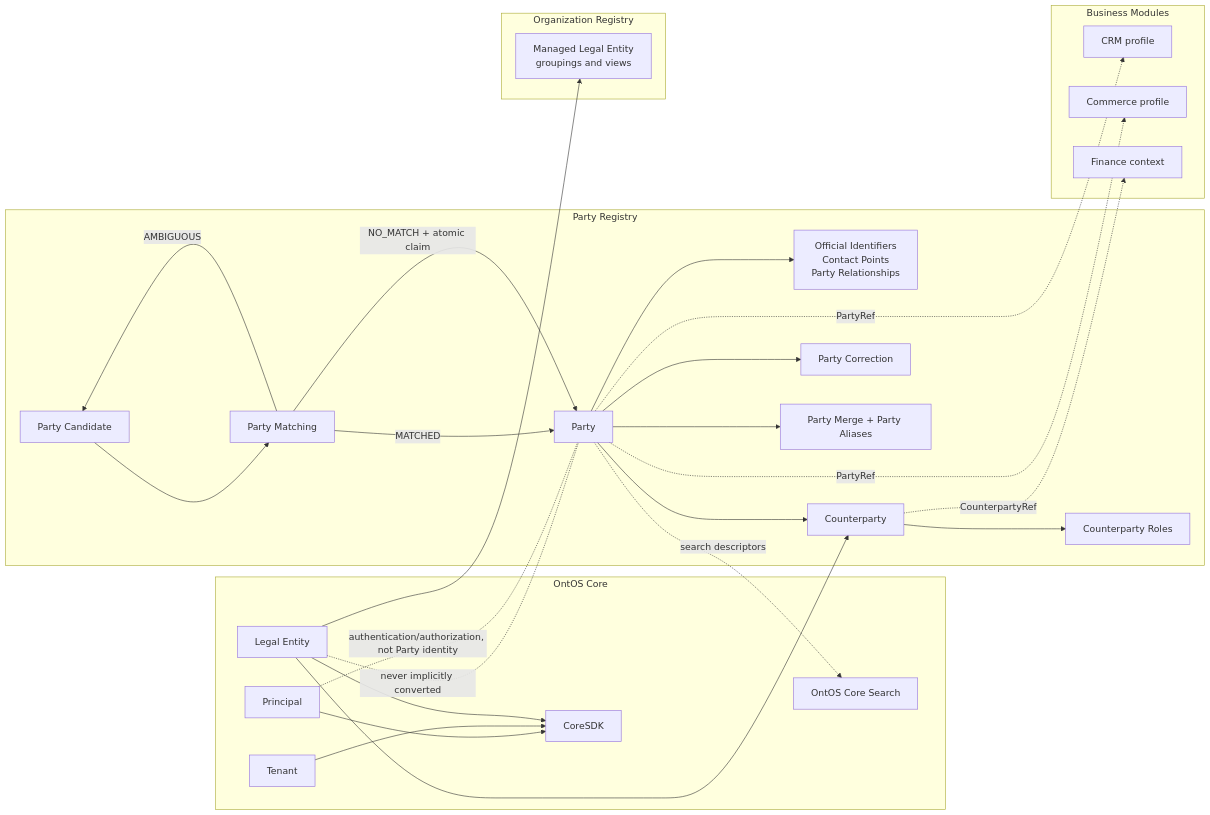
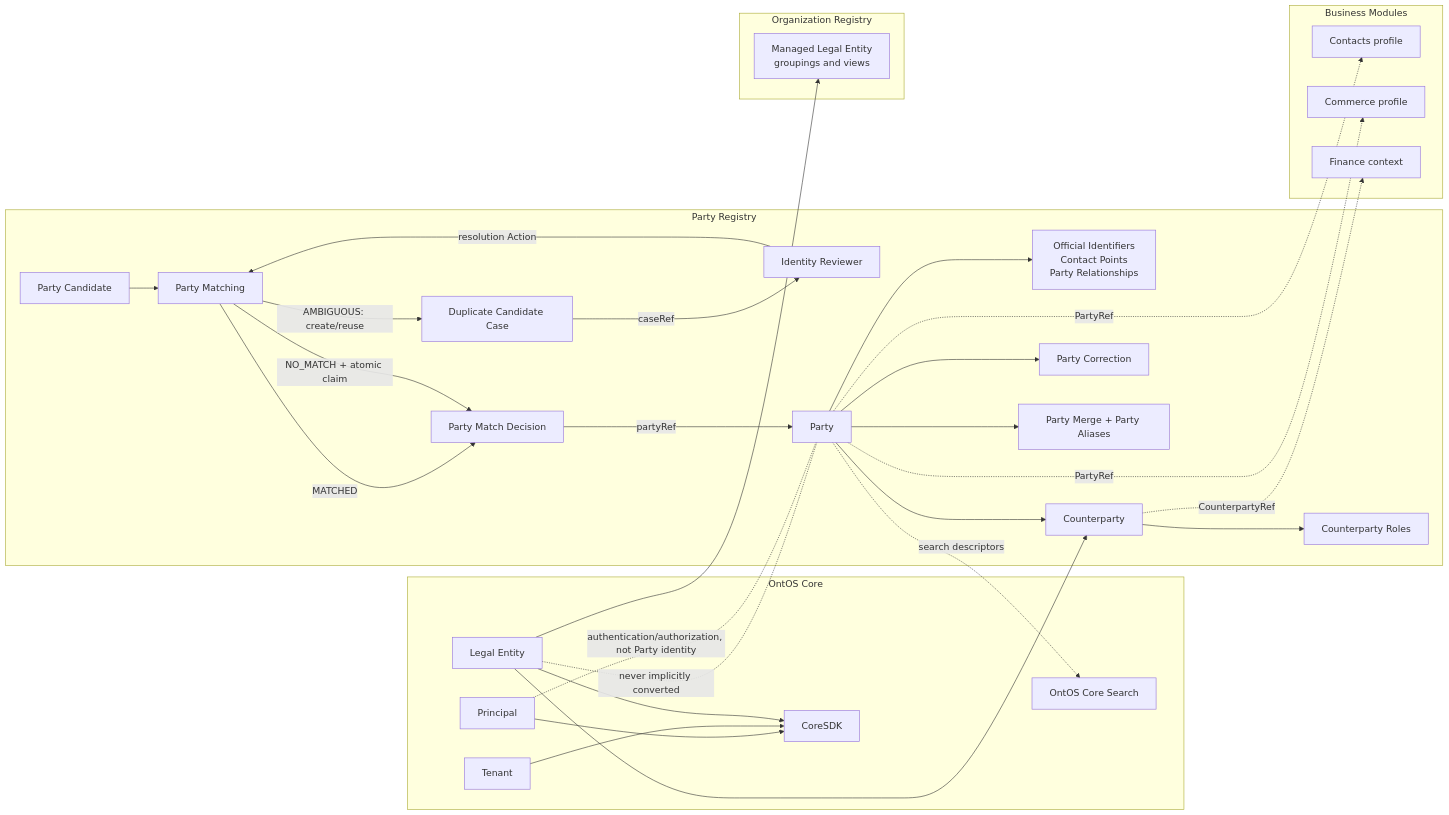
Before and after one commit to TechsioCZ/ontos: the diagram in docs/diagrams/party-registry-boundaries.md, drawn with Mermaid. The commit also changed other lines of this file, not shown here.

Commit message:
docs: show durable ambiguity case flow

````diff
--- a/docs/diagrams/party-registry-boundaries.md
+++ b/docs/diagrams/party-registry-boundaries.md
@@ -3,53 +3,59 @@
 ```mermaid
 flowchart LR
   subgraph core[OntOS Core]
     tenant[Tenant]
     legalEntity[Legal Entity]
     principal[Principal]
     coreSearch[OntOS Core Search]
     coreSdk[CoreSDK]
   end
 
   subgraph partyRegistry[Party Registry]
     candidate[Party Candidate]
     matching[Party Matching]
+    decision[Party Match Decision]
+    duplicateCase[Duplicate Candidate Case]
+    reviewer[Identity Reviewer]
     party[Party]
     facts[Official Identifiers<br/>Contact Points<br/>Party Relationships]
     counterparty[Counterparty]
     roles[Counterparty Roles]
     correction[Party Correction]
     merge[Party Merge + Party Aliases]
   end
 
   subgraph organizationRegistry[Organization Registry]
     groups[Managed Legal Entity<br/>groupings and views]
   end
 
   subgraph consumers[Business Modules]
-    crm[CRM profile]
+    contacts[Contacts profile]
     commerce[Commerce profile]
     finance[Finance context]
   end
 
   principal --> coreSdk
   tenant --> coreSdk
   legalEntity --> coreSdk
   candidate --> matching
-  matching -->|MATCHED| party
-  matching -->|NO_MATCH + atomic claim| party
-  matching -->|AMBIGUOUS| candidate
+  matching -->|MATCHED| decision
+  matching -->|NO_MATCH + atomic claim| decision
+  matching -->|"AMBIGUOUS: create/reuse"| duplicateCase
+  duplicateCase -->|caseRef| reviewer
+  reviewer -->|resolution Action| matching
+  decision -->|partyRef| party
   party --> facts
   party --> counterparty
   legalEntity --> counterparty
   counterparty --> roles
   party --> correction
   party --> merge
-  party -. PartyRef .-> crm
+  party -. PartyRef .-> contacts
   party -. PartyRef .-> commerce
   counterparty -. CounterpartyRef .-> finance
   party -. search descriptors .-> coreSearch
   legalEntity --> groups
 
   legalEntity -. "never implicitly converted" .- party
   principal -. "authentication/authorization, not Party identity" .- party
 ```
````
